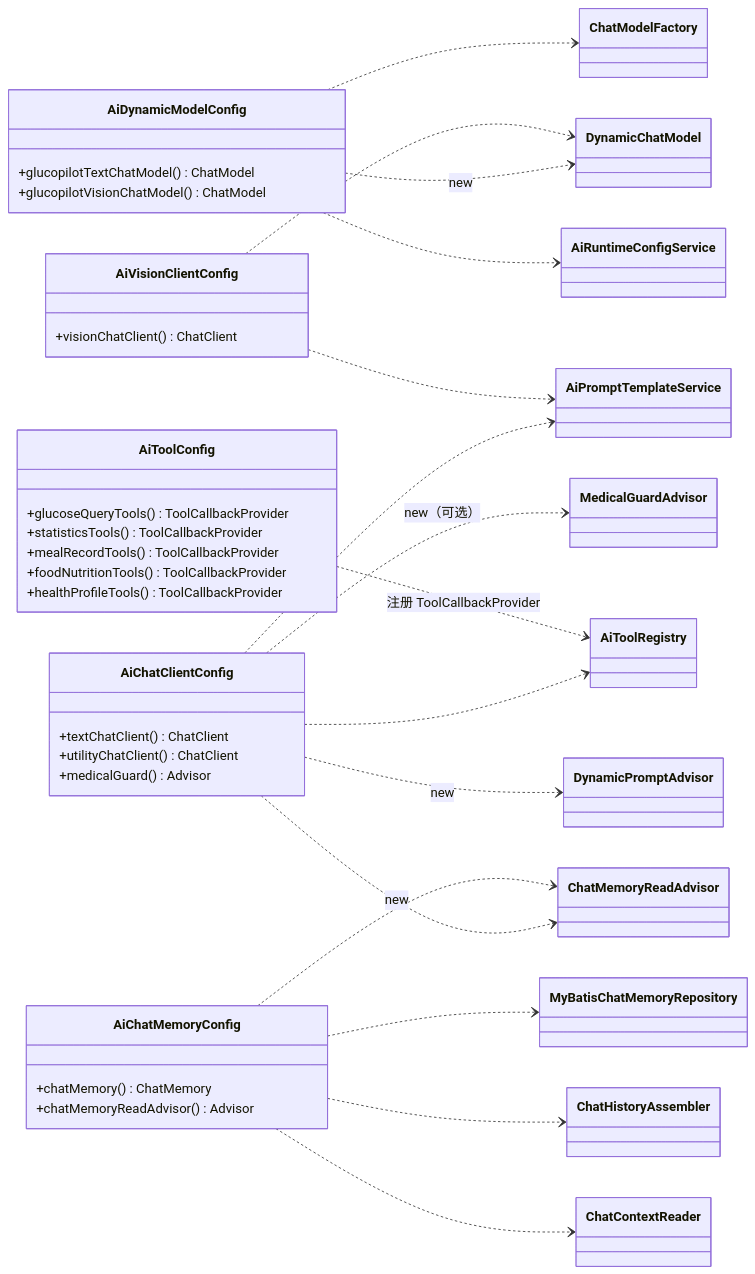
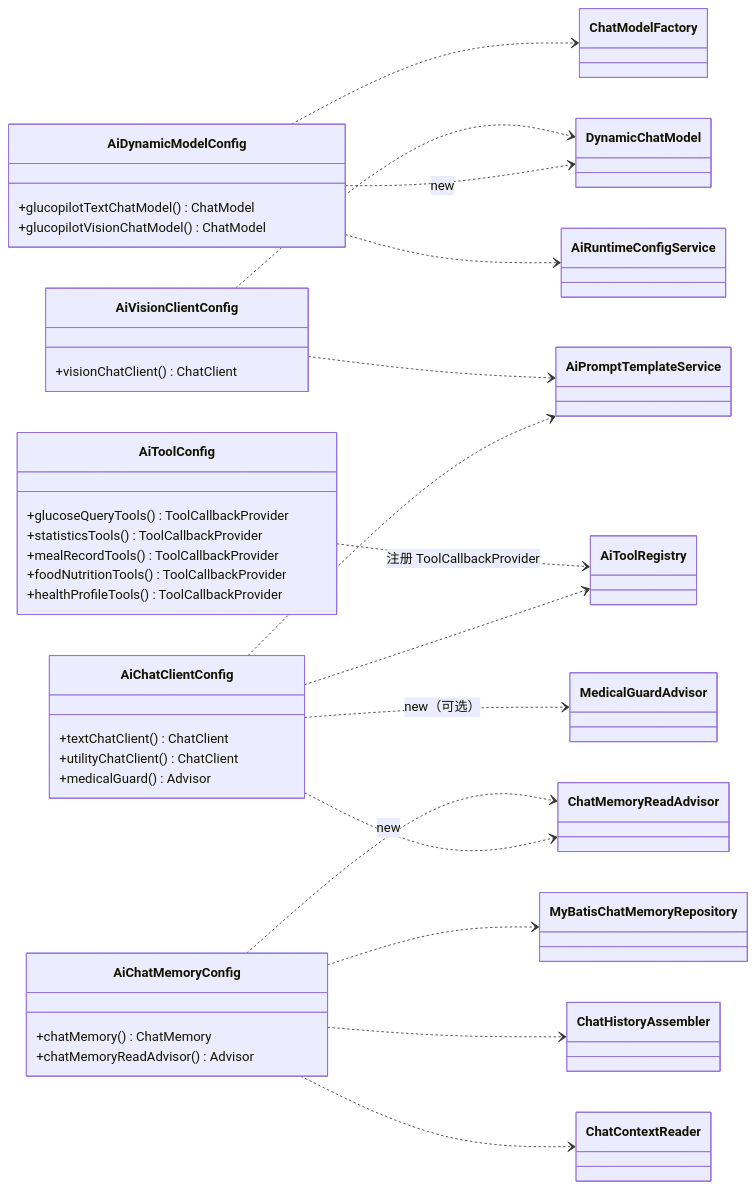
Before and after one commit to xiaoyejinjier/GlucoPilot-backend: the second of 9 diagrams in docs/AI-模块UML.md, drawn with Mermaid. The commit also changed other lines of this file and 12 other files, not shown here.

First line of the commit message:
refactor(ai): 系统提示词改为请求级注入，删除 DynamicPromptAdvisor

````diff
--- a/docs/AI-模块UML.md
+++ b/docs/AI-模块UML.md
@@ -91,55 +94,53 @@
 ```mermaid
 classDiagram
     direction LR
 
     class AiDynamicModelConfig {
         +glucopilotTextChatModel() ChatModel
         +glucopilotVisionChatModel() ChatModel
     }
     class AiChatClientConfig {
         +textChatClient() ChatClient
         +utilityChatClient() ChatClient
         +medicalGuard() Advisor
     }
     class AiVisionClientConfig {
         +visionChatClient() ChatClient
     }
     class AiChatMemoryConfig {
         +chatMemory() ChatMemory
         +chatMemoryReadAdvisor() Advisor
     }
     class AiToolConfig {
         +glucoseQueryTools() ToolCallbackProvider
         +statisticsTools() ToolCallbackProvider
         +mealRecordTools() ToolCallbackProvider
         +foodNutritionTools() ToolCallbackProvider
         +healthProfileTools() ToolCallbackProvider
     }
     class DynamicChatModel
     class ChatModelFactory
     class AiRuntimeConfigService
     class AiPromptTemplateService
     class ChatMemoryReadAdvisor
-    class DynamicPromptAdvisor
     class ChatHistoryAssembler
     class ChatContextReader
     class MyBatisChatMemoryRepository
     class AiToolRegistry
     class MedicalGuardAdvisor
 
     AiDynamicModelConfig ..> DynamicChatModel : new
     AiDynamicModelConfig ..> ChatModelFactory
     AiDynamicModelConfig ..> AiRuntimeConfigService
     AiChatClientConfig ..> AiPromptTemplateService
     AiChatClientConfig ..> ChatMemoryReadAdvisor
     AiChatClientConfig ..> AiToolRegistry
     AiChatClientConfig ..> MedicalGuardAdvisor : new（可选）
-    AiChatClientConfig ..> DynamicPromptAdvisor : new
     AiChatMemoryConfig ..> MyBatisChatMemoryRepository
     AiChatMemoryConfig ..> ChatHistoryAssembler
     AiChatMemoryConfig ..> ChatContextReader
     AiChatMemoryConfig ..> ChatMemoryReadAdvisor : new
     AiVisionClientConfig ..> DynamicChatModel
     AiVisionClientConfig ..> AiPromptTemplateService
     AiToolConfig ..> AiToolRegistry : 注册 ToolCallbackProvider
 ```
````
